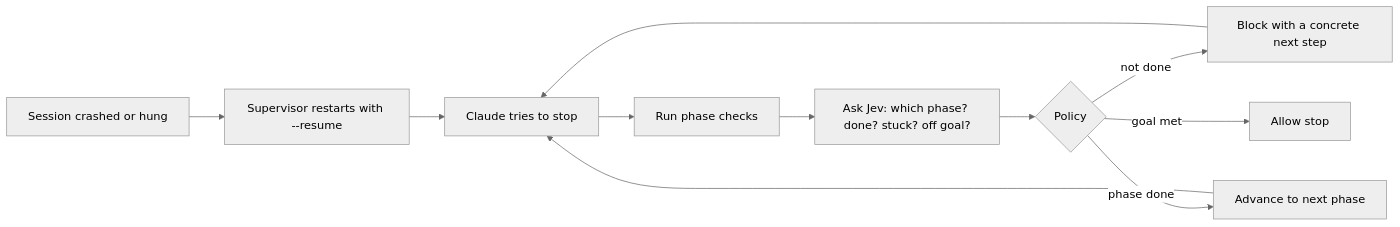
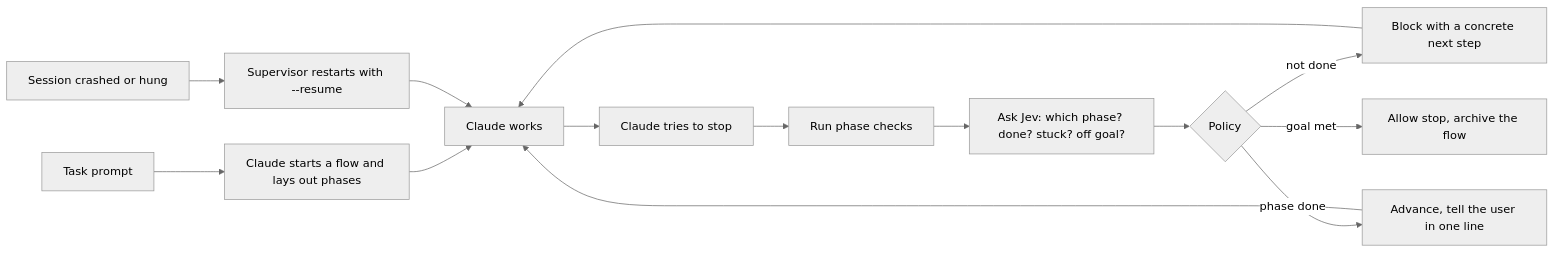
The diagram in README.md (Parth1811/JevFlow), drawn with Mermaid (neutral theme) before and after one commit. The commit also changed other lines of this file, not shown here.

Commit message:
README: full rewrite for 0.1.3 (multi-agent, multi-flow, viewer, budgets, install steps)

````diff
--- a/README.md
+++ b/README.md
@@ -71,13 +85,16 @@
 ```mermaid
 flowchart LR
-    A[Claude tries to stop] --> B[Run phase checks]
+    P[Task prompt] --> S[Claude starts a flow and lays out phases]
+    S --> W[Claude works]
+    W --> A[Claude tries to stop]
+    A --> B[Run phase checks]
     B --> C[Ask Jev: which phase? done? stuck? off goal?]
     C --> D{Policy}
     D -->|not done| E[Block with a concrete next step]
-    D -->|phase done| F[Advance to next phase]
-    D -->|goal met| G[Allow stop]
-    E --> A
-    F --> A
+    D -->|phase done| F[Advance, tell the user in one line]
+    D -->|goal met| G[Allow stop, archive the flow]
+    E --> W
+    F --> W
     H[Session crashed or hung] --> I[Supervisor restarts with --resume]
-    I --> A
+    I --> W
 ```
````
